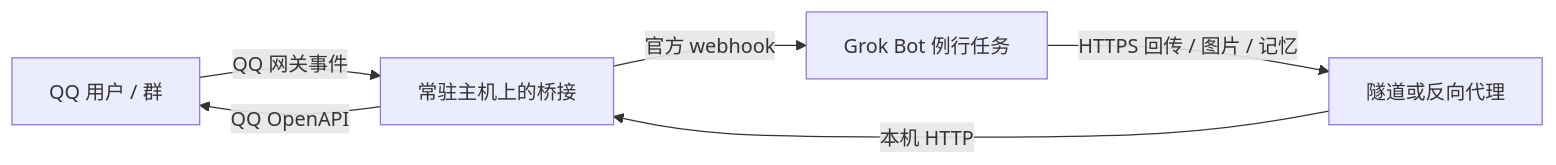
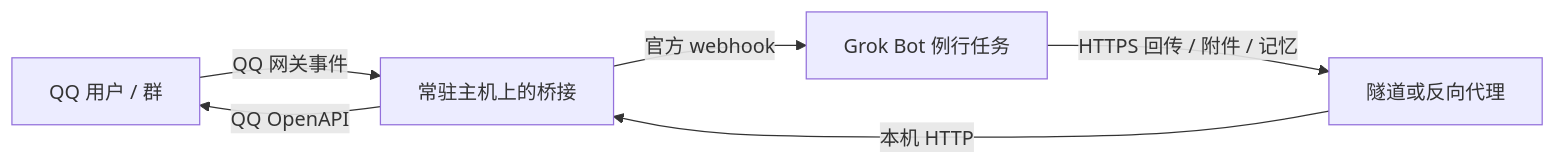
The diagram in README.md (XiaoMa3413/qq-grokbot-bridge), drawn with Mermaid before and after one commit. The commit also changed other lines of this file and 24 other files, not shown here.

````diff
--- a/README.md
+++ b/README.md
@@ -28,8 +28,8 @@
 ```mermaid
 flowchart LR
     Q[QQ 用户 / 群] -->|QQ 网关事件| B[常驻主机上的桥接]
     B -->|官方 webhook| G[Grok Bot 例行任务]
-    G -->|HTTPS 回传 / 图片 / 记忆| T[隧道或反向代理]
+    G -->|HTTPS 回传 / 附件 / 记忆| T[隧道或反向代理]
     T -->|本机 HTTP| B
     B -->|QQ OpenAPI| Q
 ```
````
